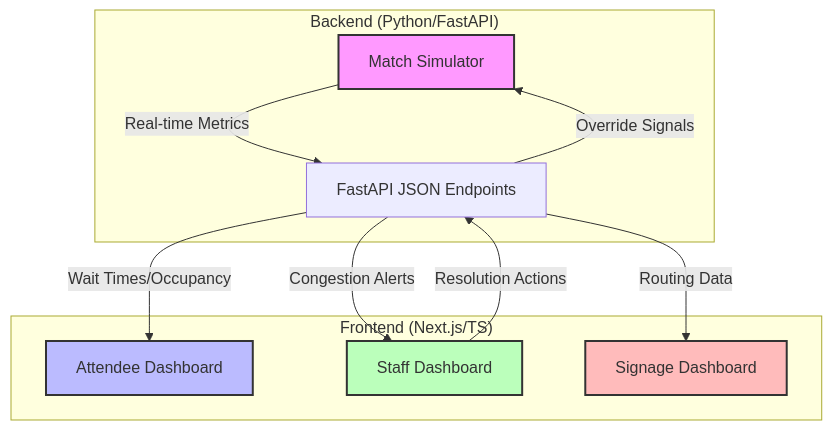
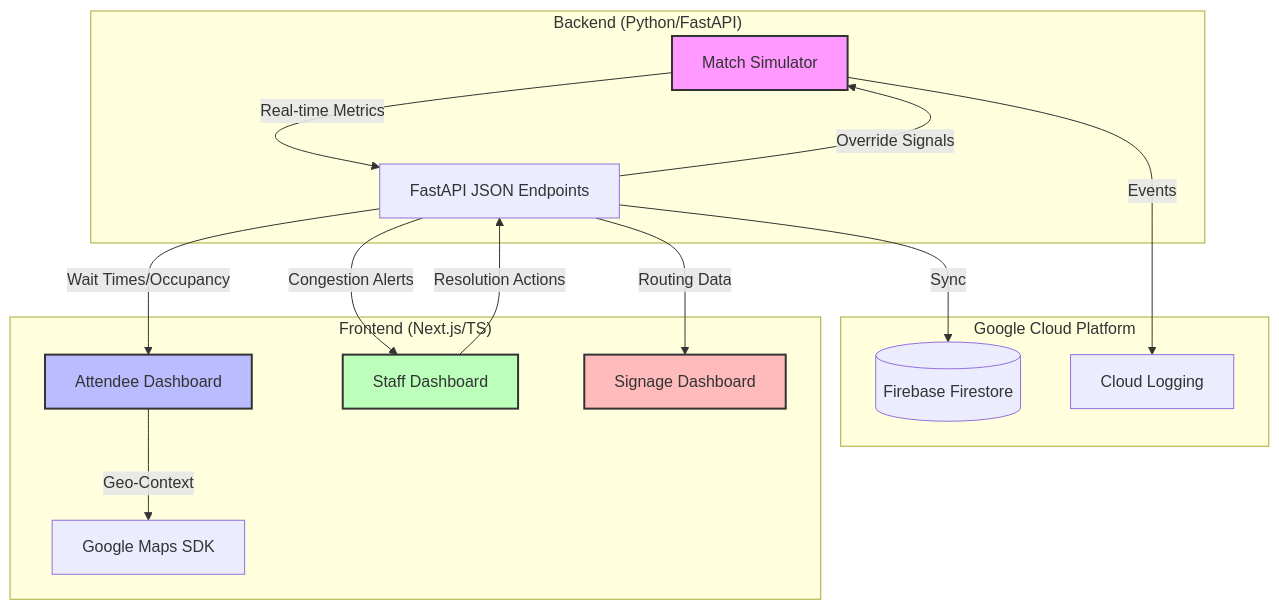
Before and after one commit to Er-TirathSinghBindra/smart_venue_os: the diagram in README.md, drawn with Mermaid. The commit also changed other lines of this file and 7 other files, not shown here.

Commit message:
added google maps, firebase and cloud logging

````diff
--- a/README.md
+++ b/README.md
@@ -9,20 +9,28 @@
 ```mermaid
 graph TD
+    subgraph "Google Cloud Platform"
+        DB[(Firebase Firestore)]
+        LOG[Cloud Logging]
+    end
+
     subgraph "Backend (Python/FastAPI)"
         SIM[Match Simulator] -->|Real-time Metrics| API[FastAPI JSON Endpoints]
+        API -->|Sync| DB
+        SIM -->|Events| LOG
         API -->|Override Signals| SIM
     end
 
     subgraph "Frontend (Next.js/TS)"
         API -->|Wait Times/Occupancy| ATD[Attendee Dashboard]
         API -->|Congestion Alerts| STF[Staff Dashboard]
         API -->|Routing Data| SIG[Signage Dashboard]
+        ATD -->|Geo-Context| MAP[Google Maps SDK]
         
         STF -->|Resolution Actions| API
     end
 
     style SIM fill:#f9f,stroke:#333,stroke-width:2px
     style ATD fill:#bbf,stroke:#333,stroke-width:2px
     style STF fill:#bfb,stroke:#333,stroke-width:2px
     style SIG fill:#fbb,stroke:#333,stroke-width:2px
 ```
````
